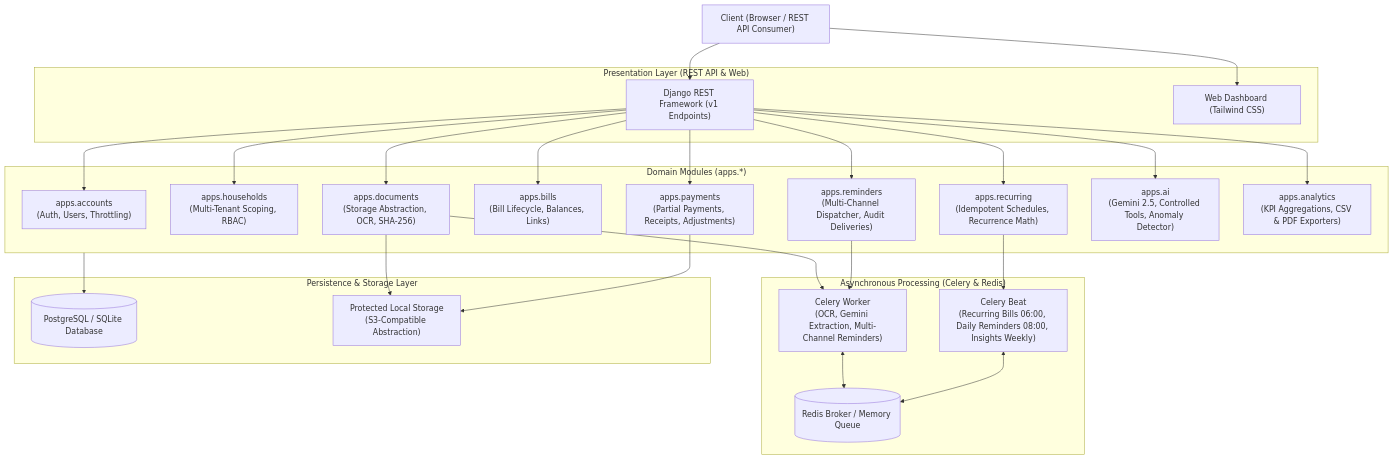
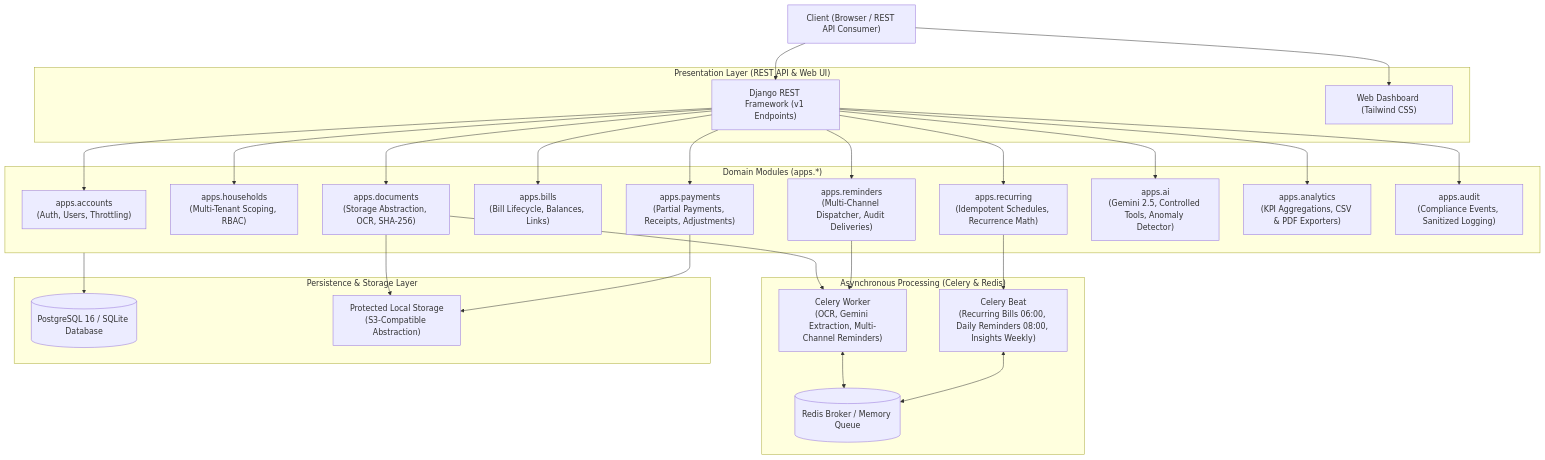
Before and after one commit to rhutik123/HomePilot: the first of 2 diagrams in README.md, drawn with Mermaid. The commit also changed other lines of this file and 91 other files, not shown here.

````diff
--- a/README.md
+++ b/README.md
@@ -34,54 +37,56 @@
 ```mermaid
 flowchart TD
     Client["Client (Browser / REST API Consumer)"]
 
-    subgraph PresentationLayer["Presentation Layer (REST API & Web)"]
+    subgraph PresentationLayer["Presentation Layer (REST API & Web UI)"]
         DRF["Django REST Framework (v1 Endpoints)"]
         DashboardUI["Web Dashboard (Tailwind CSS)"]
     end
 
     subgraph DomainModules["Domain Modules (apps.*)"]
         Accounts["apps.accounts<br/>(Auth, Users, Throttling)"]
         Households["apps.households<br/>(Multi-Tenant Scoping, RBAC)"]
         Documents["apps.documents<br/>(Storage Abstraction, OCR, SHA-256)"]
         Bills["apps.bills<br/>(Bill Lifecycle, Balances, Links)"]
         Payments["apps.payments<br/>(Partial Payments, Receipts, Adjustments)"]
         Recurring["apps.recurring<br/>(Idempotent Schedules, Recurrence Math)"]
         Reminders["apps.reminders<br/>(Multi-Channel Dispatcher, Audit Deliveries)"]
         AI["apps.ai<br/>(Gemini 2.5, Controlled Tools, Anomaly Detector)"]
         Analytics["apps.analytics<br/>(KPI Aggregations, CSV & PDF Exporters)"]
+        Audit["apps.audit<br/>(Compliance Events, Sanitized Logging)"]
     end
 
     subgraph AsyncWorker["Asynchronous Processing (Celery & Redis)"]
         Worker["Celery Worker<br/>(OCR, Gemini Extraction, Multi-Channel Reminders)"]
         Beat["Celery Beat<br/>(Recurring Bills 06:00, Daily Reminders 08:00, Insights Weekly)"]
         Broker[("Redis Broker / Memory Queue")]
     end
 
     subgraph Persistence["Persistence & Storage Layer"]
-        DB[("PostgreSQL / SQLite Database")]
+        DB[("PostgreSQL 16 / SQLite Database")]
         Storage["Protected Local Storage<br/>(S3-Compatible Abstraction)"]
     end
 
     Client --> DRF
     Client --> DashboardUI
     DRF --> Accounts
     DRF --> Households
     DRF --> Documents
     DRF --> Bills
     DRF --> Payments
     DRF --> Recurring
     DRF --> Reminders
     DRF --> AI
     DRF --> Analytics
+    DRF --> Audit
 
     Documents --> Worker
     Reminders --> Worker
     Recurring --> Beat
     Worker <--> Broker
     Beat <--> Broker
 
     DomainModules --> DB
     Documents --> Storage
     Payments --> Storage
 ```
````
